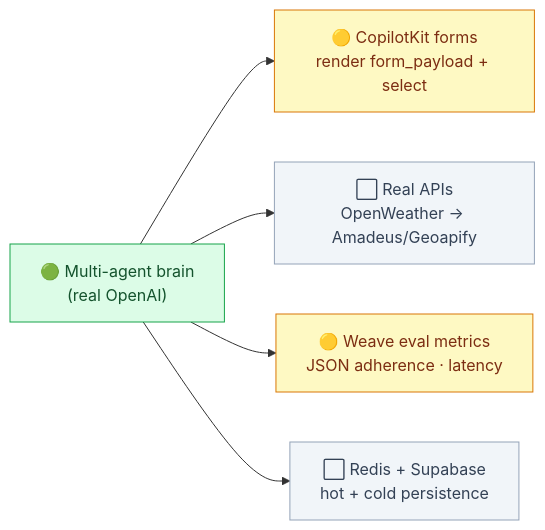
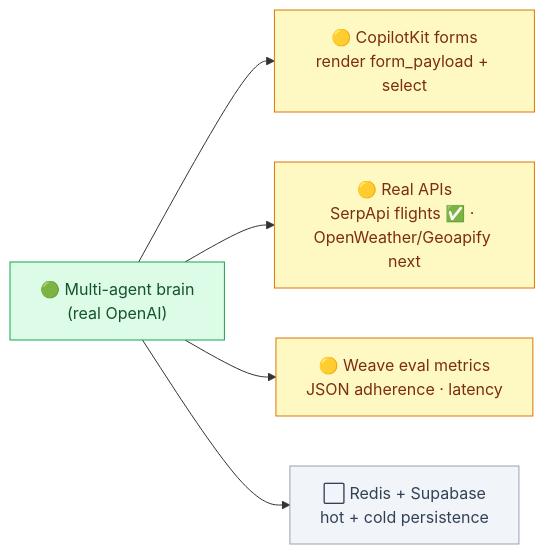
Before and after one commit to zhastdoit/MyTravelCompanion: the third of 3 diagrams in STATUS.md, drawn with Mermaid. The commit also changed other lines of this file and 1 other file, not shown here.

Commit message:
Docs: mark SerpApi flights live + frontend running

````diff
--- a/STATUS.md
+++ b/STATUS.md
@@ -97,13 +97,13 @@
 ```mermaid
 flowchart LR
   A["🟢 Multi-agent brain<br/>(real OpenAI)"]:::done
 
   A --> B["🟡 CopilotKit forms<br/>render form_payload + select"]:::next
-  A --> C["⬜ Real APIs<br/>OpenWeather → Amadeus/Geoapify"]:::todo
+  A --> C["🟡 Real APIs<br/>SerpApi flights ✅ · OpenWeather/Geoapify next"]:::next
   A --> D["🟡 Weave eval metrics<br/>JSON adherence · latency"]:::next
   A --> E["⬜ Redis + Supabase<br/>hot + cold persistence"]:::todo
 
   classDef done fill:#dcfce7,stroke:#16a34a,color:#14532d;
   classDef next fill:#fef9c3,stroke:#d97706,color:#7c2d12;
   classDef todo fill:#f1f5f9,stroke:#94a3b8,color:#334155;
 ```
````
